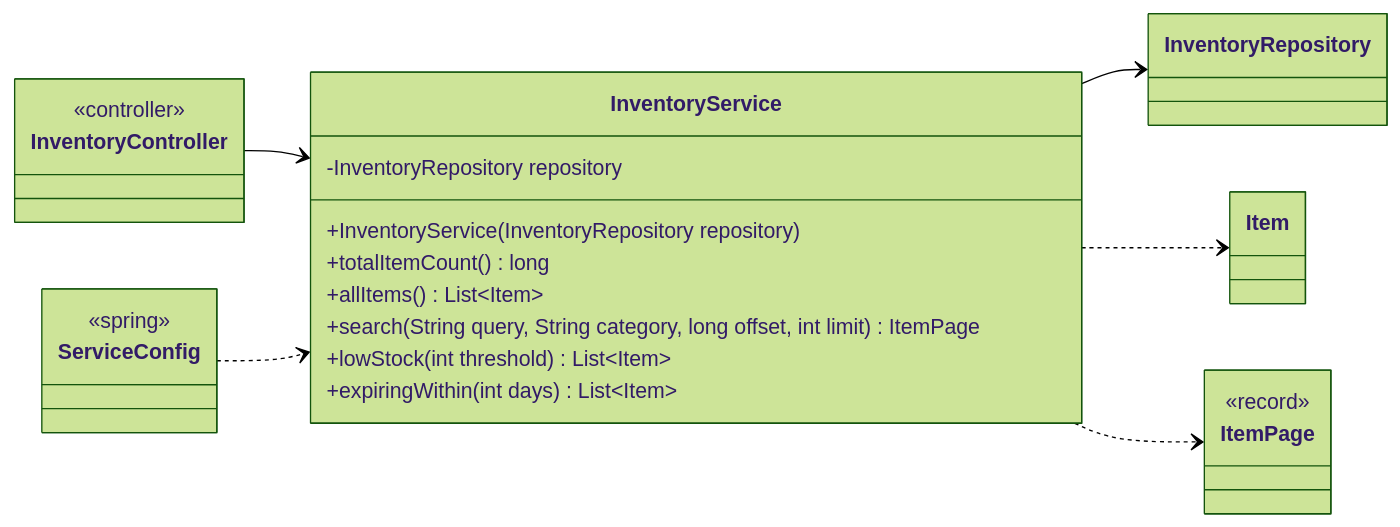
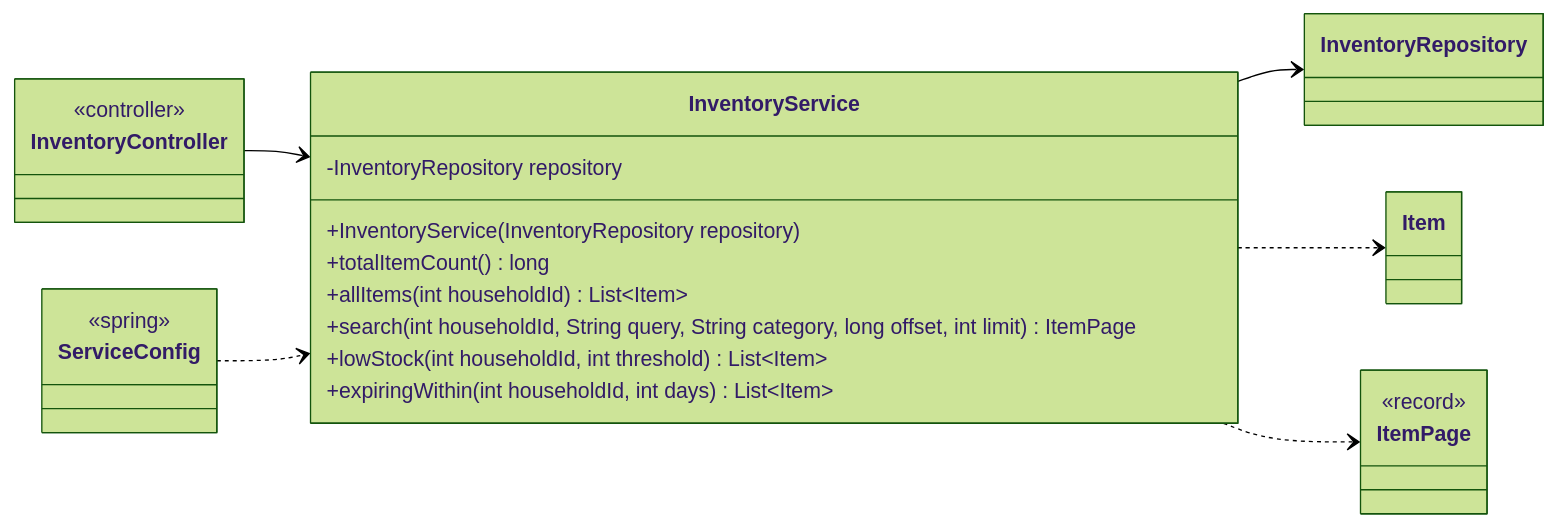
Before and after one commit to Nate-ryan-7690/dahaem: the third of 5 diagrams in docs/classes/inventory.md, drawn with Mermaid (forest theme). The commit also changed other lines of this file and 5 other files, not shown here.

````diff
--- a/docs/classes/inventory.md
+++ b/docs/classes/inventory.md
@@ -100,29 +109,29 @@
 ```mermaid
 classDiagram
     direction LR
     class inventory_InventoryService["InventoryService"] {
         -InventoryRepository repository
         +InventoryService(InventoryRepository repository)
         +totalItemCount() long
-        +allItems() List~Item~
-        +search(String query, String category, long offset, int limit) ItemPage
-        +lowStock(int threshold) List~Item~
-        +expiringWithin(int days) List~Item~
+        +allItems(int householdId) List~Item~
+        +search(int householdId, String query, String category, long offset, int limit) ItemPage
+        +lowStock(int householdId, int threshold) List~Item~
+        +expiringWithin(int householdId, int days) List~Item~
     }
     class inventory_InventoryRepository["InventoryRepository"]
     class api_InventoryController["InventoryController"] {
         <<controller>>
     }
     class inventory_Item["Item"]
     class inventory_ItemPage["ItemPage"] {
         <<record>>
     }
     class api_ServiceConfig["ServiceConfig"] {
         <<spring>>
     }
     inventory_InventoryService --> inventory_InventoryRepository
     inventory_InventoryService ..> inventory_Item
     inventory_InventoryService ..> inventory_ItemPage
     api_InventoryController --> inventory_InventoryService
     api_ServiceConfig ..> inventory_InventoryService
 ```
````
